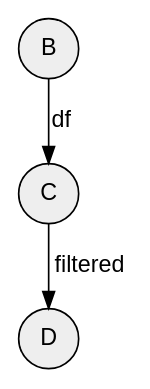
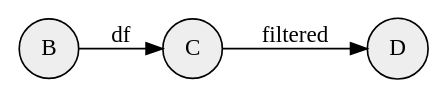
Before and after one commit to reina-m/Stage: the diagram in output/dot/example.dot, drawn with Graphviz. The commit also changed 42 other files, not shown here.

Commit message:
feat(pos): use graphviz positions in json outputs

```diff
--- a/output/dot/example.dot
+++ b/output/dot/example.dot
@@ -1,10 +1,28 @@
 digraph Notebook {
-    rankdir="TB";
-    node [shape=circle, style=filled, fillcolor="#eeeeee", fontname="Helvetica"];
-    edge [fontname="Helvetica"];
-    "cell_0" [label="B", shape="circle", fillcolor="#eeeeee"];
-    "cell_1" [label="C", shape="circle", fillcolor="#eeeeee"];
-    "cell_2" [label="D", shape="circle", fillcolor="#eeeeee"];
-    "cell_0" -> "cell_1" [label="df"];
-    "cell_1" -> "cell_2" [label="filtered"];
+	graph [bb="0,0,230.25,36",
+		rankdir=LR
+	];
+	node [fillcolor="#eeeeee",
+		label="\N",
+		shape=circle,
+		style=filled
+	];
+	cell_0	[height=0.5,
+		label=B,
+		pos="18,18",
+		width=0.5];
+	cell_1	[height=0.5,
+		label=C,
+		pos="101.25,18",
+		width=0.5];
+	cell_0 -> cell_1	[label=df,
+		lp="59.625,26.25",
+		pos="e,82.764,18 36.231,18 46.502,18 59.801,18 71.613,18"];
+	cell_2	[height=0.5,
+		label=D,
+		pos="212.25,18",
+		width=0.5];
+	cell_1 -> cell_2	[label=filtered,
+		lp="156.75,26.25",
+		pos="e,193.98,18 119.28,18 136.22,18 162.52,18 182.66,18"];
 }
```
